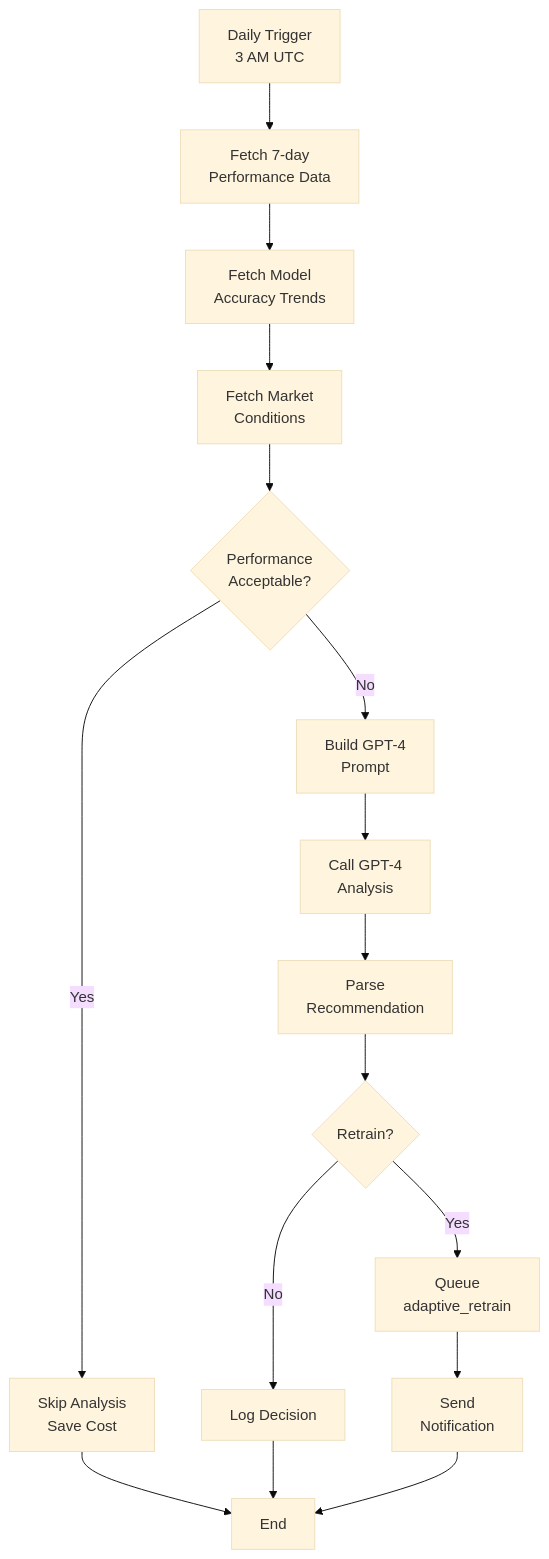
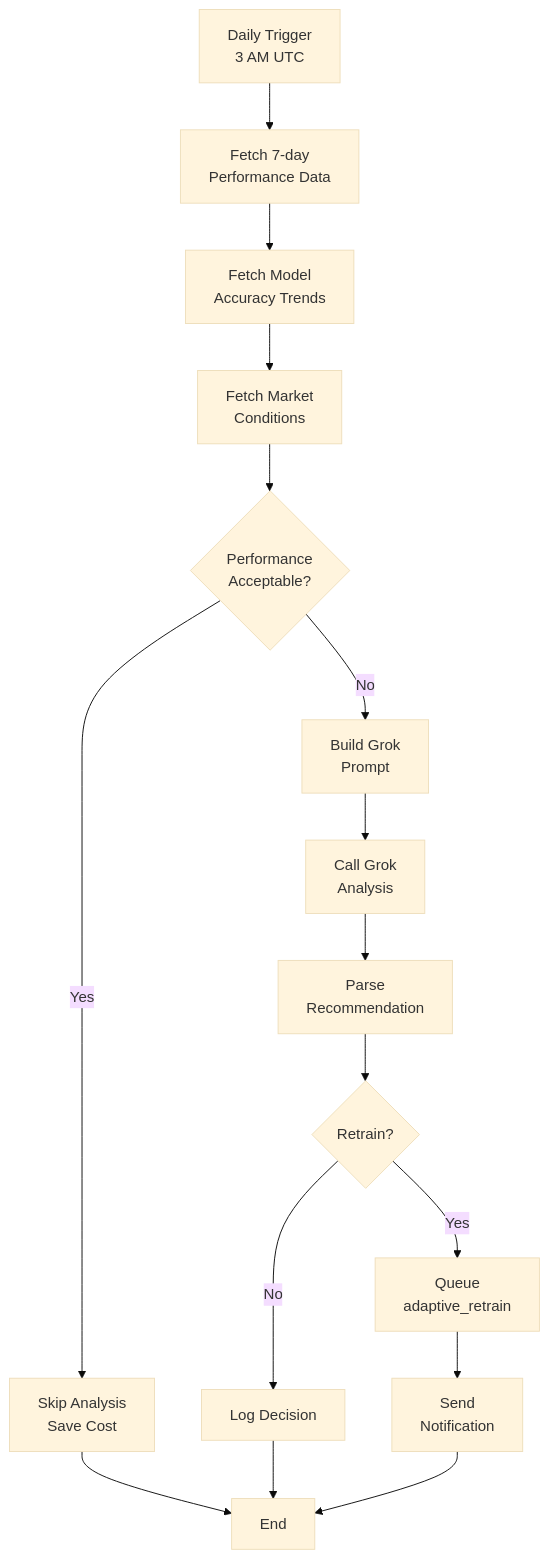
One commit to magic-ai-trading-bot/bot-core changed the third of 3 diagrams in specifications/02-design/2.5-components/COMP-PYTHON-ML.md. Above: the diagram before and after it, drawn with Mermaid (base theme). The commit also changed other lines of this file and 52 other files, not shown here.

````diff
--- a/specifications/02-design/2.5-components/COMP-PYTHON-ML.md
+++ b/specifications/02-design/2.5-components/COMP-PYTHON-ML.md
@@ -1115,18 +1118,18 @@
 ```mermaid
 graph TB
     A[Daily Trigger<br/>3 AM UTC] --> B[Fetch 7-day<br/>Performance Data]
     B --> C[Fetch Model<br/>Accuracy Trends]
     C --> D[Fetch Market<br/>Conditions]
     D --> E{Performance<br/>Acceptable?}
     E -->|Yes| F[Skip Analysis<br/>Save Cost]
-    E -->|No| G[Build GPT-4<br/>Prompt]
-    G --> H[Call GPT-4<br/>Analysis]
+    E -->|No| G[Build Grok<br/>Prompt]
+    G --> H[Call Grok<br/>Analysis]
     H --> I[Parse<br/>Recommendation]
     I --> J{Retrain?}
     J -->|No| K[Log Decision]
     J -->|Yes| L[Queue<br/>adaptive_retrain]
     L --> M[Send<br/>Notification]
     F --> N[End]
     K --> N
     M --> N
 ```
````
